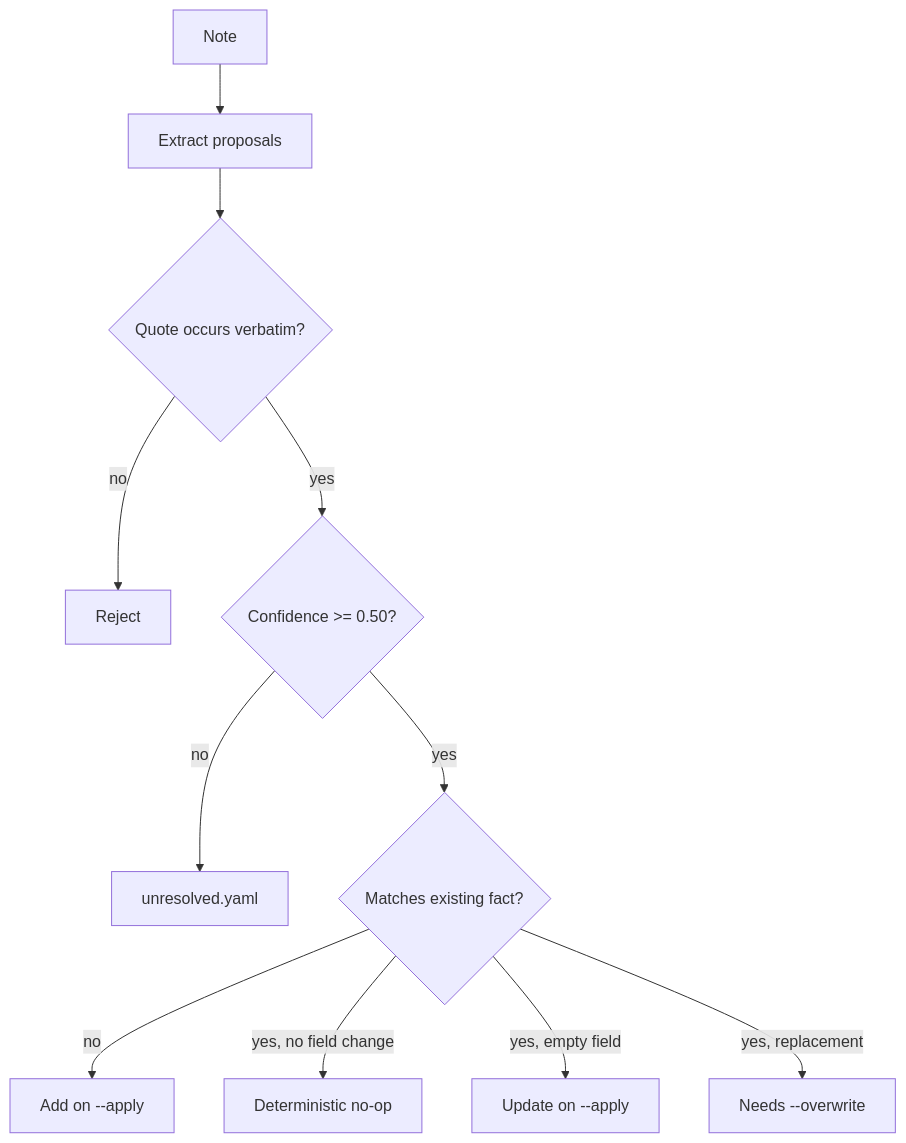
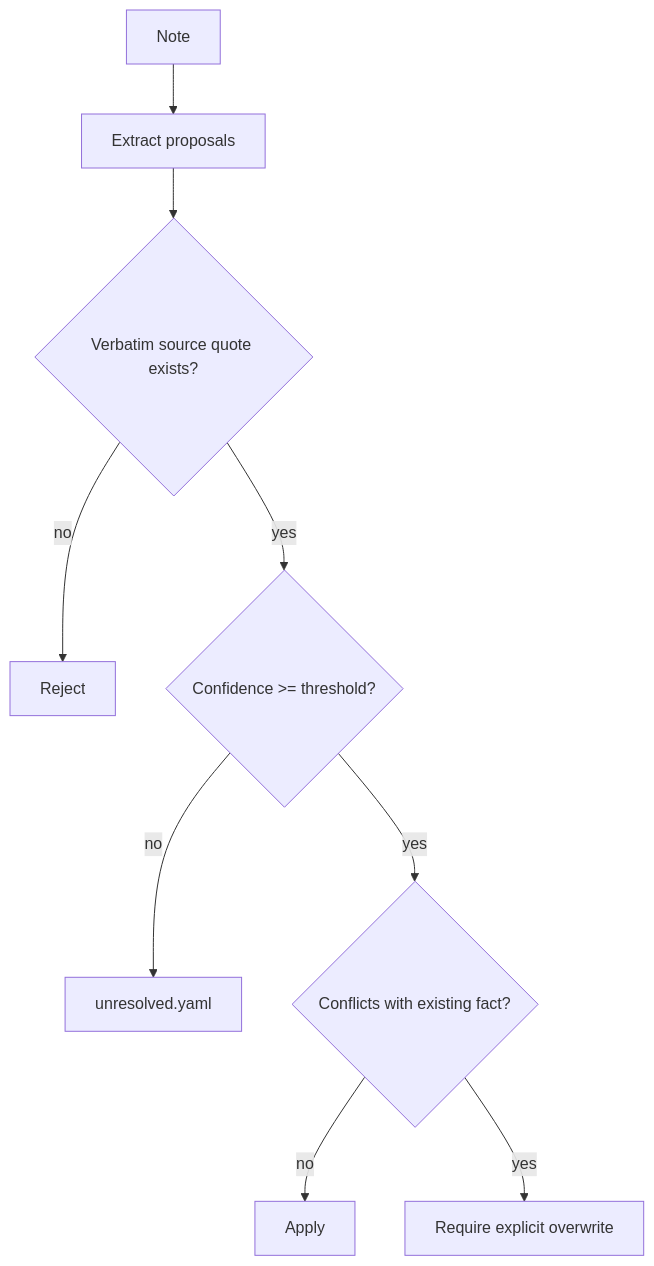
One commit to isidropasman/founder-os changed the second of 3 diagrams in README.md. Above: the diagram before and after it, drawn with Mermaid. The commit also changed other lines of this file, not shown here.

````diff
--- a/README.md
+++ b/README.md
@@ -71,13 +130,11 @@
 ```mermaid
 flowchart TD
   N[Note] --> X[Extract proposals]
-  X --> Q{Quote occurs verbatim?}
+  X --> Q{Verbatim source quote exists?}
   Q -- no --> Reject[Reject]
-  Q -- yes --> C{Confidence >= 0.50?}
+  Q -- yes --> C{Confidence >= threshold?}
   C -- no --> U[unresolved.yaml]
-  C -- yes --> M{Matches existing fact?}
-  M -- no --> Add[Add on --apply]
-  M -- yes, no field change --> D[Deterministic no-op]
-  M -- yes, empty field --> Update[Update on --apply]
-  M -- yes, replacement --> Conflict[Needs --overwrite]
+  C -- yes --> M{Conflicts with existing fact?}
+  M -- no --> Add[Apply]
+  M -- yes --> Conflict[Require explicit overwrite]
 ```
````
